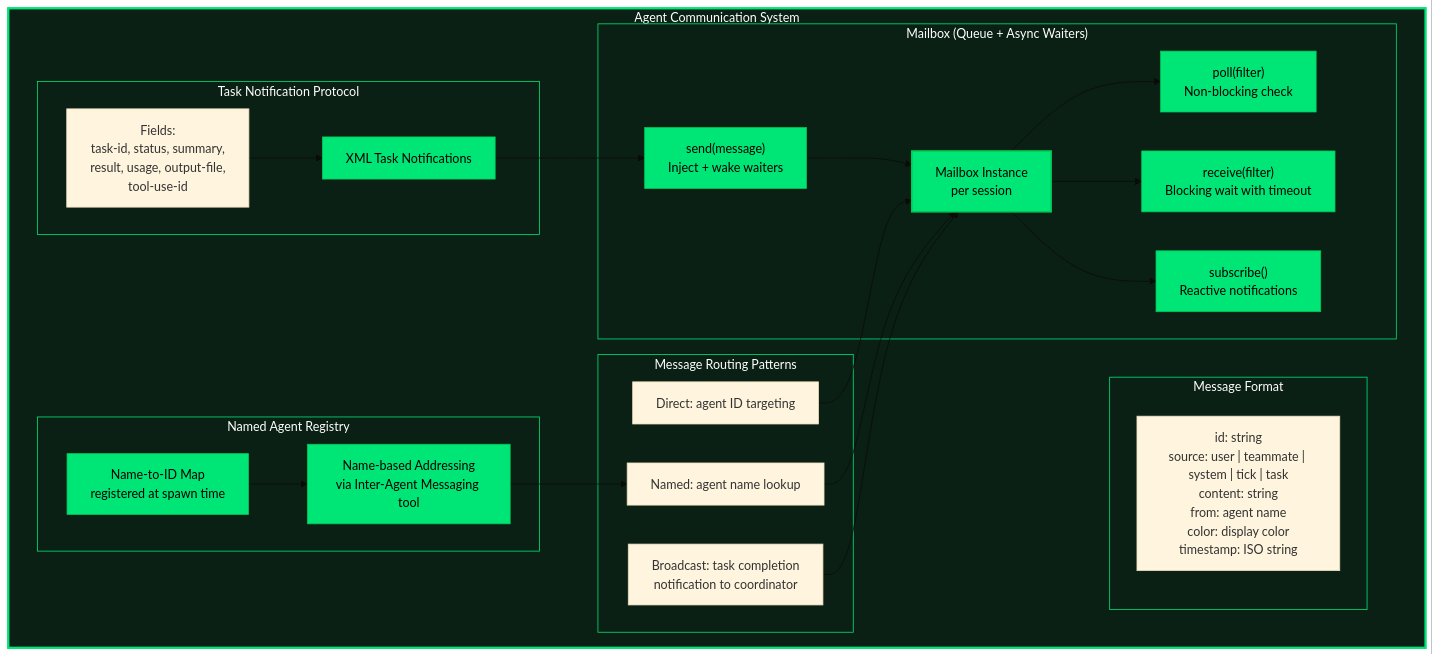
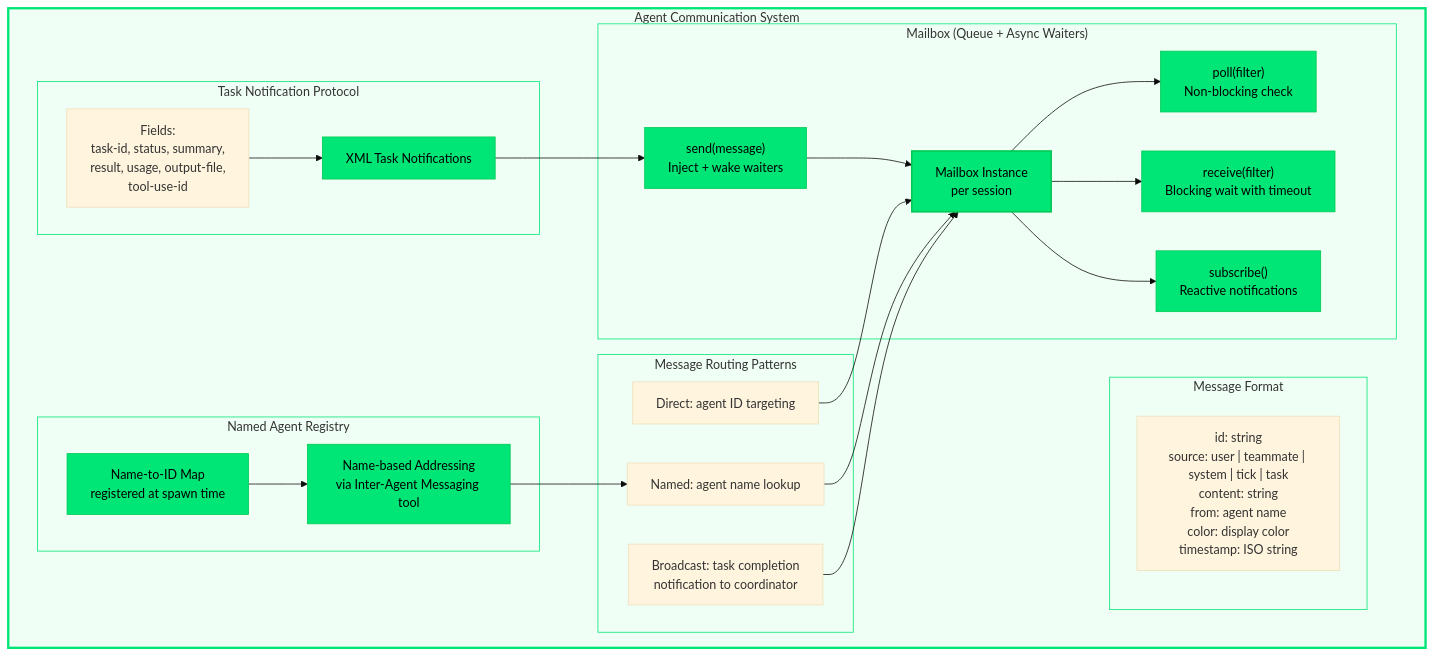
Before and after one commit to PavelValentov/multi-agent-architecture: diagram 13 of 14 in DIAGRAMS.md, drawn with Mermaid (base theme). The commit also changed other lines of this file, not shown here.

First line of the commit message:
Switch diagram backgrounds to light pastels for white theme compatibility

````diff
--- a/DIAGRAMS.md
+++ b/DIAGRAMS.md
@@ -1042,59 +1042,59 @@
 ```mermaid
 graph TB
     subgraph AgentComm["Agent Communication System"]
         subgraph MailboxSystem["Mailbox (Queue + Async Waiters)"]
             MB_CLASS["Mailbox Instance<br/>per session"]
             SEND["send(message)<br/>Inject + wake waiters"]
             POLL["poll(filter)<br/>Non-blocking check"]
             RECEIVE["receive(filter)<br/>Blocking wait with timeout"]
             SUBSCRIBE["subscribe()<br/>Reactive notifications"]
         end
 
         subgraph MessageFormat["Message Format"]
             MSG_FIELDS["id: string<br/>source: user | teammate | system | tick | task<br/>content: string<br/>from: agent name<br/>color: display color<br/>timestamp: ISO string"]
         end
 
         subgraph TaskNotifications["Task Notification Protocol"]
             TASK_NOTIF["XML Task Notifications"]
             NOTIF_FIELDS["Fields:<br/>task-id, status, summary,<br/>result, usage, output-file,<br/>tool-use-id"]
         end
 
         subgraph NameRegistry["Named Agent Registry"]
             REG_MAP["Name-to-ID Map<br/>registered at spawn time"]
             LOOKUP["Name-based Addressing<br/>via Inter-Agent Messaging tool"]
         end
 
         subgraph MessageRouting["Message Routing Patterns"]
             DIRECT["Direct: agent ID targeting"]
             NAMED["Named: agent name lookup"]
             BROADCAST["Broadcast: task completion<br/>notification to coordinator"]
         end
     end
 
     SEND --> MB_CLASS
     MB_CLASS --> POLL
     MB_CLASS --> RECEIVE
     MB_CLASS --> SUBSCRIBE
     TASK_NOTIF --> SEND
     NOTIF_FIELDS --> TASK_NOTIF
     REG_MAP --> LOOKUP
     LOOKUP --> NAMED
     DIRECT --> MB_CLASS
     NAMED --> MB_CLASS
     BROADCAST --> MB_CLASS
 
-    style AgentComm fill:#0a2015,stroke:#00e676,stroke-width:3px,color:#fff
-    style MailboxSystem fill:#0a2015,stroke:#00e676,stroke-width:1px,color:#fff
-    style MessageFormat fill:#0a2015,stroke:#00e676,stroke-width:1px,color:#fff
-    style TaskNotifications fill:#0a2015,stroke:#00e676,stroke-width:1px,color:#fff
-    style NameRegistry fill:#0a2015,stroke:#00e676,stroke-width:1px,color:#fff
-    style MessageRouting fill:#0a2015,stroke:#00e676,stroke-width:1px,color:#fff
+    style AgentComm fill:#f0fff5,stroke:#00e676,stroke-width:3px,color:#333
+    style MailboxSystem fill:#f0fff5,stroke:#00e676,stroke-width:1px,color:#333
+    style MessageFormat fill:#f0fff5,stroke:#00e676,stroke-width:1px,color:#333
+    style TaskNotifications fill:#f0fff5,stroke:#00e676,stroke-width:1px,color:#333
+    style NameRegistry fill:#f0fff5,stroke:#00e676,stroke-width:1px,color:#333
+    style MessageRouting fill:#f0fff5,stroke:#00e676,stroke-width:1px,color:#333
     style MB_CLASS fill:#00e676,stroke:#00c853,stroke-width:2px,color:#000
     style SEND fill:#00e676,stroke:#00c853,stroke-width:1px,color:#000
     style POLL fill:#00e676,stroke:#00c853,stroke-width:1px,color:#000
     style RECEIVE fill:#00e676,stroke:#00c853,stroke-width:1px,color:#000
     style SUBSCRIBE fill:#00e676,stroke:#00c853,stroke-width:1px,color:#000
     style TASK_NOTIF fill:#00e676,stroke:#00c853,stroke-width:1px,color:#000
     style REG_MAP fill:#00e676,stroke:#00c853,stroke-width:1px,color:#000
     style LOOKUP fill:#00e676,stroke:#00c853,stroke-width:1px,color:#000
 ```
````
